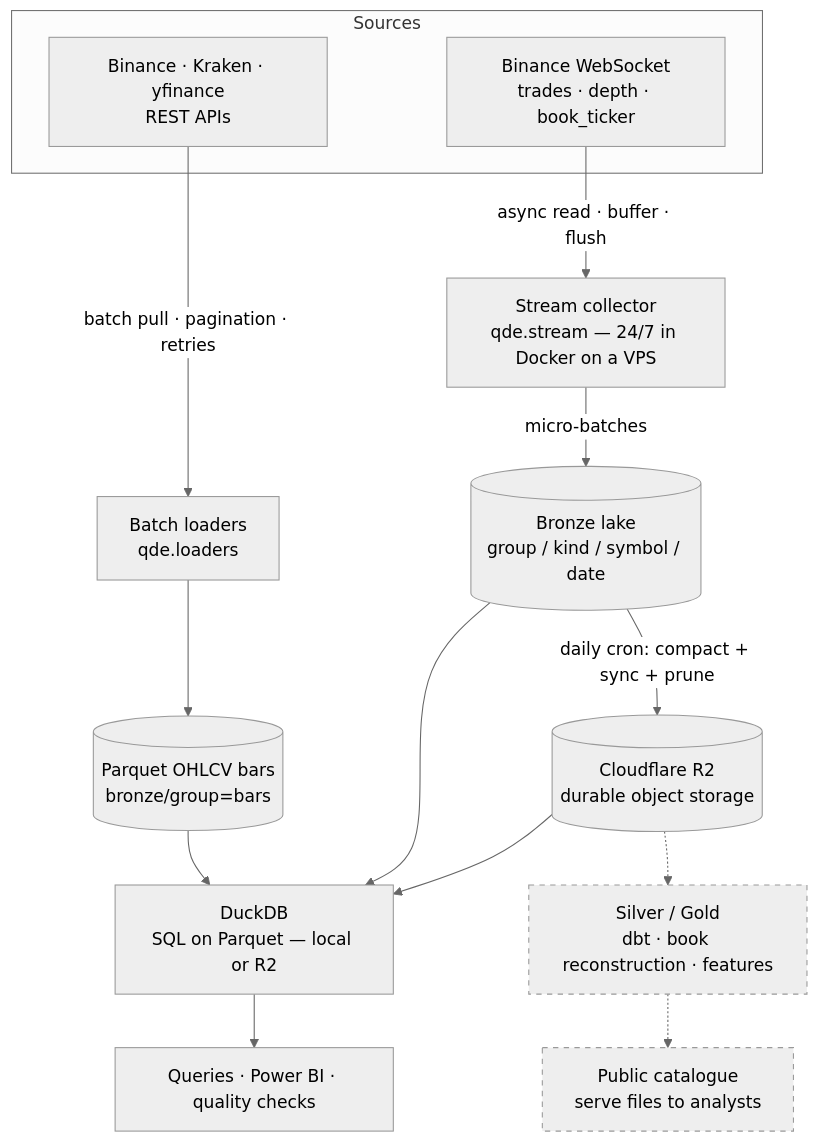
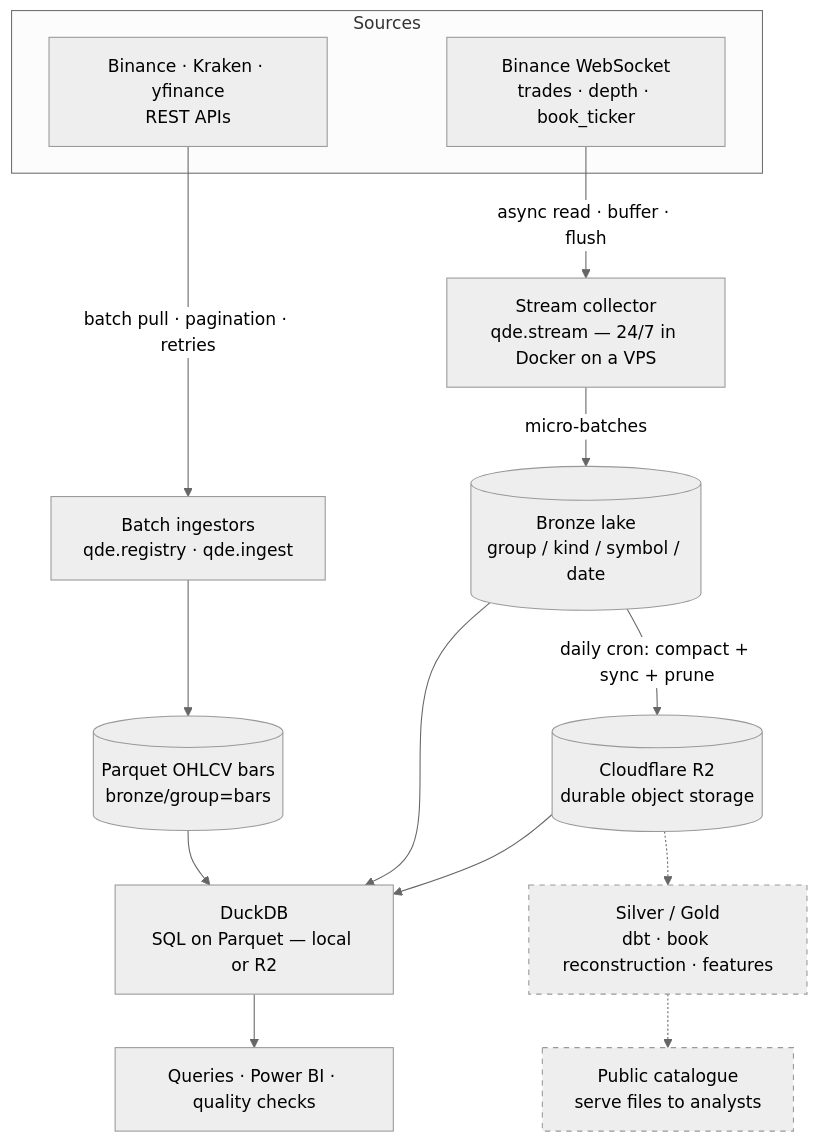
One commit to s02minu/quant-data-engine changed the diagram in README.md. Above: the diagram before and after it, drawn with Mermaid (neutral theme). The commit also changed other lines of this file and 2 other files, not shown here.

Commit message:
docs: refresh README + demo notebook for the registry/ingest layout

````diff
--- a/README.md
+++ b/README.md
@@ -12,26 +12,26 @@
 ```mermaid
 flowchart TD
     subgraph SRC["Sources"]
       REST["Binance · Kraken · yfinance<br/>REST APIs"]
       WS["Binance WebSocket<br/>trades · depth · book_ticker"]
     end
 
-    REST -->|"batch pull · pagination · retries"| BL["Batch loaders<br/>qde.loaders"]
+    REST -->|"batch pull · pagination · retries"| BL["Batch ingestors<br/>qde.registry · qde.ingest"]
     WS -->|"async read · buffer · flush"| SC["Stream collector<br/>qde.stream — 24/7 in Docker on a VPS"]
 
     BL --> BARS[("Parquet OHLCV bars<br/>bronze/group=bars")]
     SC -->|"micro-batches"| BRONZE[("Bronze lake<br/>group / kind / symbol / date")]
 
     BRONZE -->|"daily cron: compact + sync + prune"| R2[("Cloudflare R2<br/>durable object storage")]
 
     BARS --> DUCK["DuckDB<br/>SQL on Parquet — local or R2"]
     BRONZE --> DUCK
     R2 --> DUCK
     DUCK --> OUT["Queries · Power BI · quality checks"]
 
     R2 -.-> SILVER["Silver / Gold<br/>dbt · book reconstruction · features"]
     SILVER -.-> PUB["Public catalogue<br/>serve files to analysts"]
 
     classDef planned stroke-dasharray:5 5;
     class SILVER,PUB planned;
 ```
````
